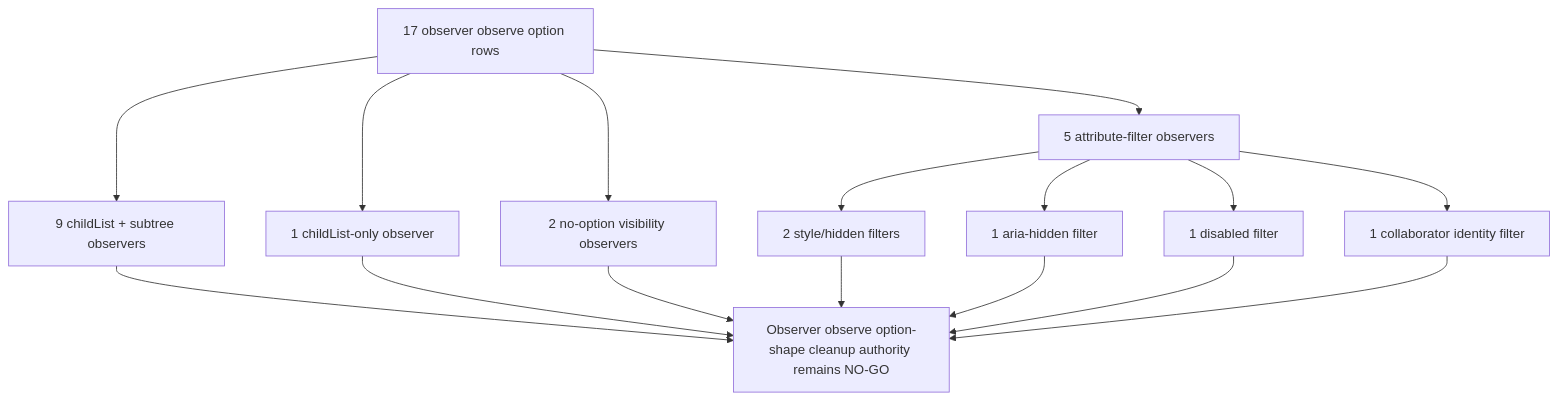
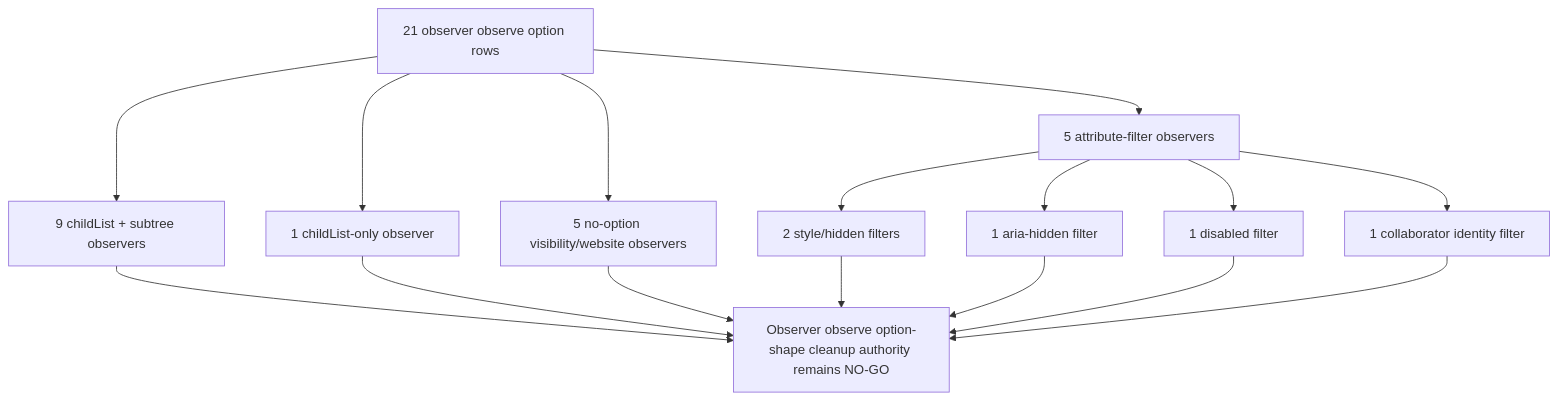
One commit to varshneydevansh/FilterTube changed diagram 12 of 47 in docs/audit/FILTERTUBE_LIFECYCLE_INSTANCE_REGISTER_2026-05-18.md. Above: the diagram before and after it, drawn with Mermaid. The commit also changed other lines of this file and 8 other files, not shown here.

````diff
--- a/docs/audit/FILTERTUBE_LIFECYCLE_INSTANCE_REGISTER_2026-05-18.md
+++ b/docs/audit/FILTERTUBE_LIFECYCLE_INSTANCE_REGISTER_2026-05-18.md
@@ -1088,18 +1099,18 @@
 ```mermaid
 flowchart TD
-  A["17 observer observe option rows"] --> B["9 childList + subtree observers"]
+  A["21 observer observe option rows"] --> B["9 childList + subtree observers"]
   A --> C["1 childList-only observer"]
-  A --> D["2 no-option visibility observers"]
+  A --> D["5 no-option visibility/website observers"]
   A --> E["5 attribute-filter observers"]
   E --> F["2 style/hidden filters"]
   E --> G["1 aria-hidden filter"]
   E --> H["1 disabled filter"]
   E --> I["1 collaborator identity filter"]
   B --> J["Observer observe option-shape cleanup authority remains NO-GO"]
   C --> J
   D --> J
   F --> J
   G --> J
   H --> J
   I --> J
 ```
````
